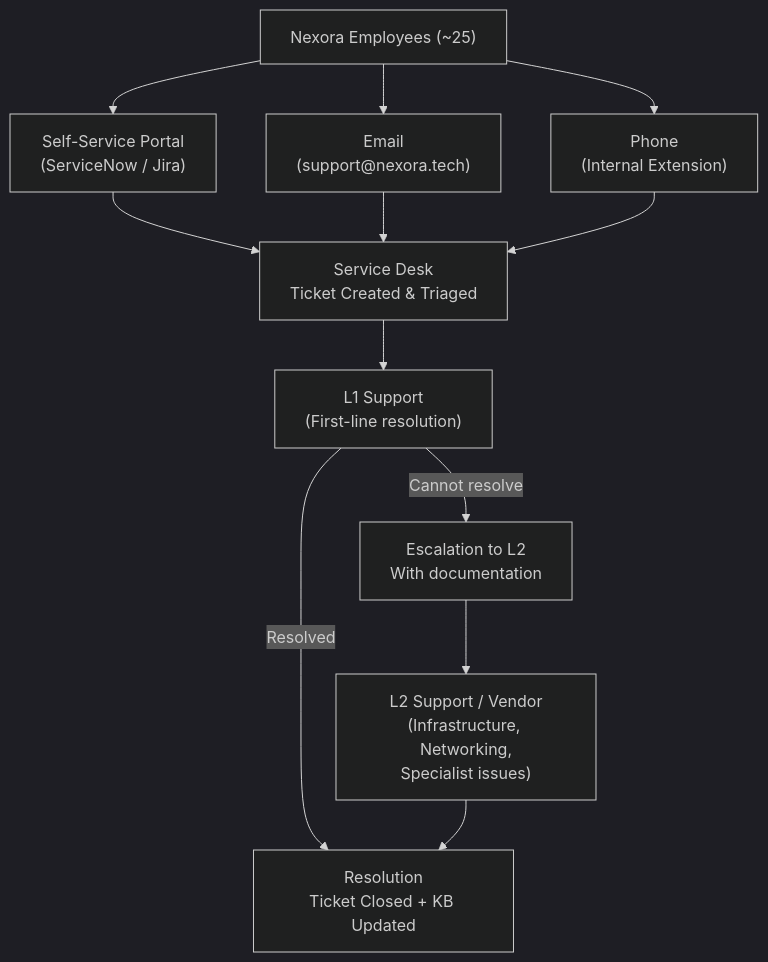
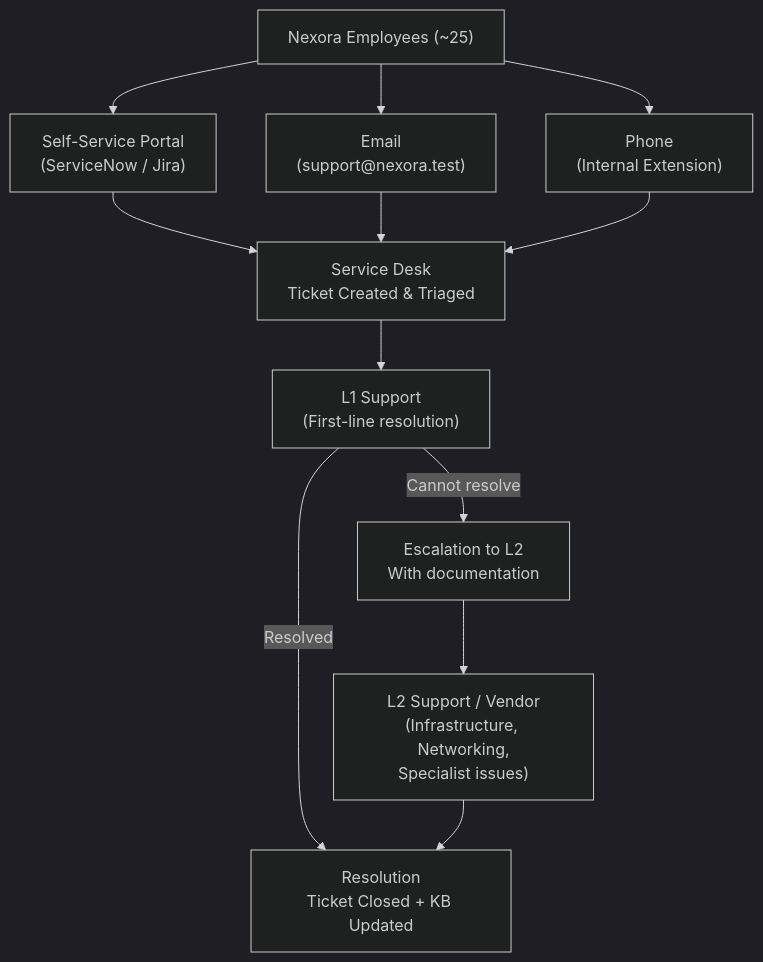
One commit to sameerhdevops/enterprise-it-service-desk-lab changed the first of 3 diagrams in docs/architecture.md. Above: the diagram before and after it, drawn with Mermaid (dark theme). The commit also changed other lines of this file and 60 other files, not shown here.

````diff
--- a/docs/architecture.md
+++ b/docs/architecture.md
@@ -9,20 +9,20 @@
 ```mermaid
 flowchart TD
     E["Nexora Employees (~25)"]
 
     E --> P["Self-Service Portal\n(ServiceNow / Jira)"]
-    E --> EM["Email\n(support@nexora.tech)"]
+    E --> EM["Email\n(support@nexora.test)"]
     E --> PH["Phone\n(Internal Extension)"]
 
     P --> SD["Service Desk\nTicket Created & Triaged"]
     EM --> SD
     PH --> SD
 
     SD --> L1["L1 Support\n(First-line resolution)"]
 
     L1 -->|Resolved| RES["Resolution\nTicket Closed + KB Updated"]
     L1 -->|Cannot resolve| ESC["Escalation to L2\nWith documentation"]
 
     ESC --> L2["L2 Support / Vendor\n(Infrastructure, Networking,\nSpecialist issues)"]
     L2 --> RES
 ```
````
